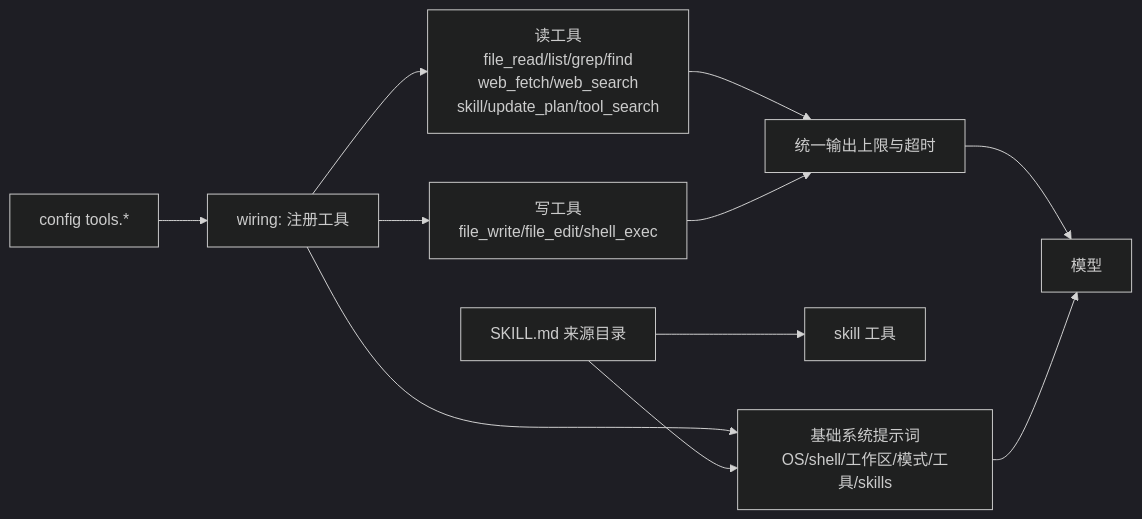
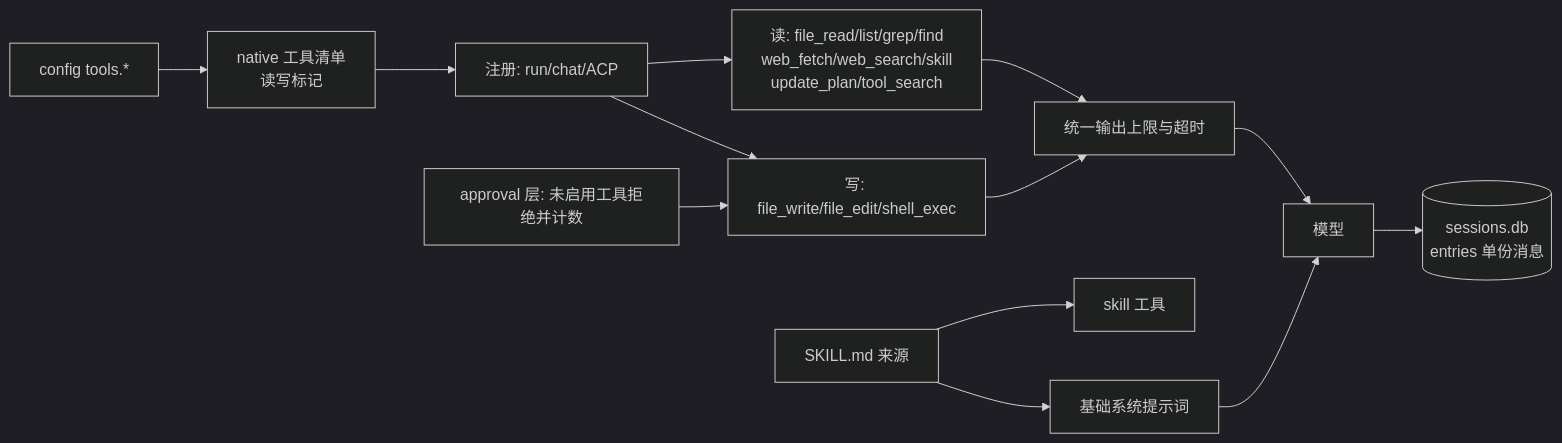
One commit to inhere/suag changed the diagram in docs/design/2026-10-10-dev-tools-and-skills-design.md. Above: the diagram before and after it, drawn with Mermaid (dark theme). The commit also changed other lines of this file, not shown here.

Commit message:
docs(design): revise dev tools and skills design to 0.2 (review fixes, W7, approved)

````diff
--- a/docs/design/2026-10-10-dev-tools-and-skills-design.md
+++ b/docs/design/2026-10-10-dev-tools-and-skills-design.md
@@ -103,12 +113,14 @@
 ```mermaid
 flowchart LR
-  cfg[config tools.*] --> reg[wiring: 注册工具]
-  reg --> ro[读工具<br/>file_read/list/grep/find<br/>web_fetch/web_search<br/>skill/update_plan/tool_search]
-  reg --> rw[写工具<br/>file_write/file_edit/shell_exec]
-  reg --> prompt[基础系统提示词<br/>OS/shell/工作区/模式/工具/skills]
-  skills[SKILL.md 来源目录] --> prompt
+  cfg[config tools.*] --> list[native 工具清单<br/>读写标记]
+  list --> reg[注册: run/chat/ACP]
+  reg --> ro[读: file_read/list/grep/find<br/>web_fetch/web_search/skill<br/>update_plan/tool_search]
+  reg --> rw[写: file_write/file_edit/shell_exec]
+  skills[SKILL.md 来源] --> prompt[基础系统提示词]
   skills --> skilltool[skill 工具]
   ro & rw --> cap[统一输出上限与超时]
+  approval[approval 层: 未启用工具拒绝并计数] --> rw
   cap --> model[模型]
   prompt --> model
+  model --> store[(sessions.db<br/>entries 单份消息)]
 ```
````
